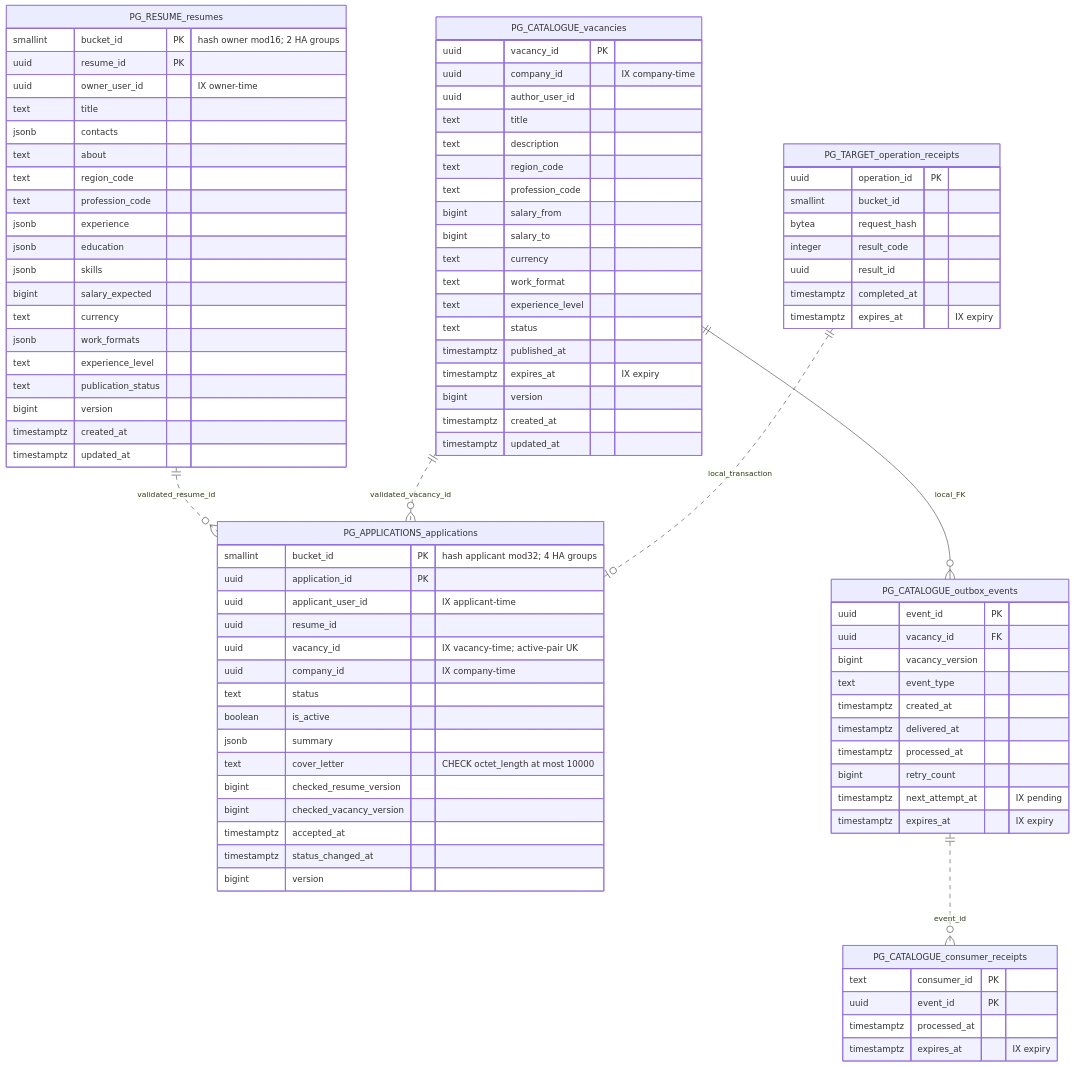
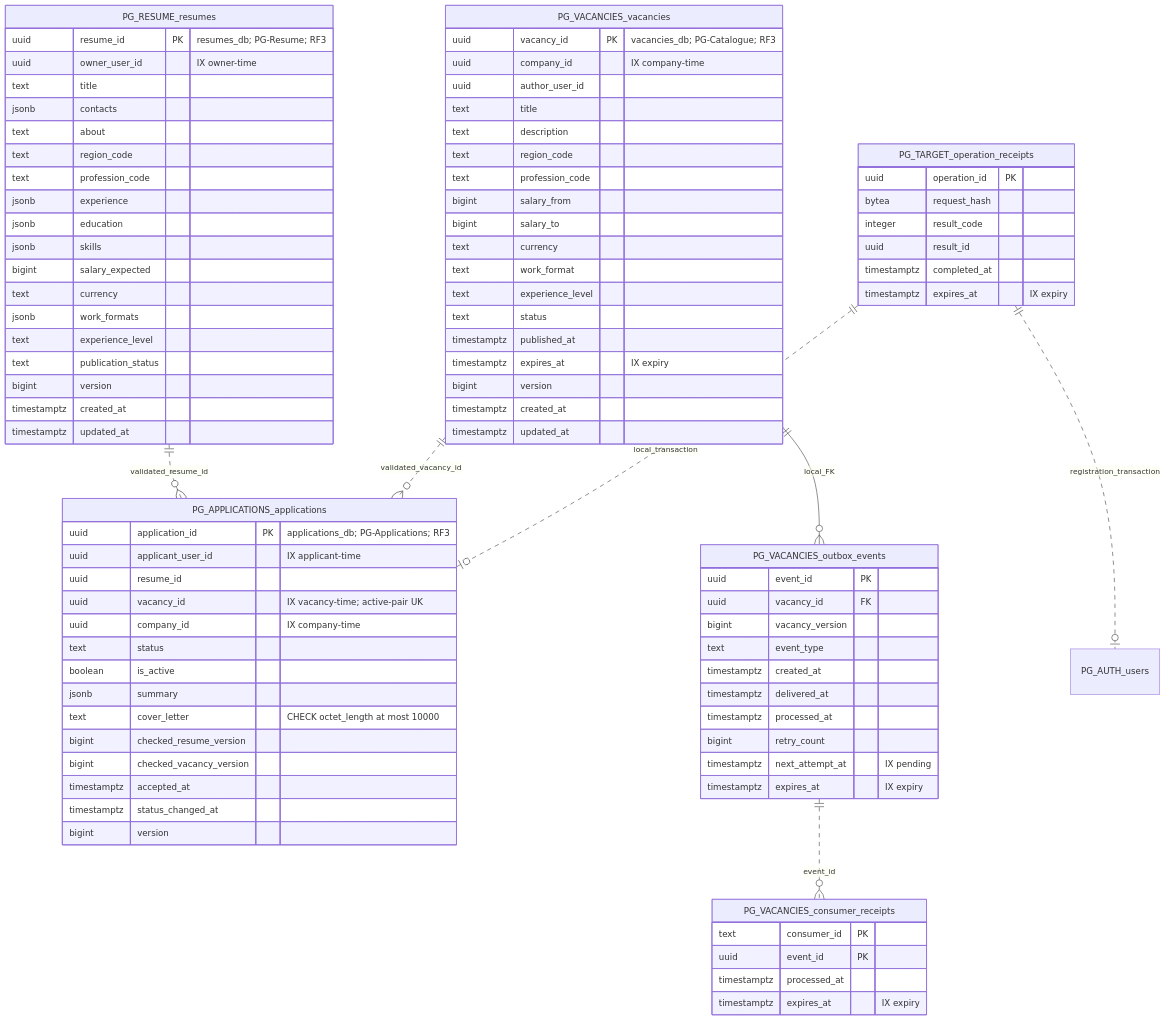
Before and after one commit to pricolmen/highload_technopark: the sixth of 7 diagrams in README.md, drawn with Mermaid. The commit also changed other lines of this file and 2 other files, not shown here.

````diff
--- a/README.md
+++ b/README.md
@@ -1112,8 +1129,7 @@
 ```mermaid
 erDiagram
     PG_RESUME_resumes {
-        smallint bucket_id PK "hash owner mod16; 2 HA groups"
-        uuid resume_id PK
+        uuid resume_id PK "resumes_db; PG-Resume; RF3"
         uuid owner_user_id "IX owner-time"
         text title
         jsonb contacts
@@ -1132,8 +1148,8 @@
         timestamptz created_at
         timestamptz updated_at
     }
-    PG_CATALOGUE_vacancies {
-        uuid vacancy_id PK
+    PG_VACANCIES_vacancies {
+        uuid vacancy_id PK "vacancies_db; PG-Catalogue; RF3"
         uuid company_id "IX company-time"
         uuid author_user_id
         text title
@@ -1153,8 +1169,7 @@
         timestamptz updated_at
     }
     PG_APPLICATIONS_applications {
-        smallint bucket_id PK "hash applicant mod32; 4 HA groups"
-        uuid application_id PK
+        uuid application_id PK "applications_db; PG-Applications; RF3"
         uuid applicant_user_id "IX applicant-time"
         uuid resume_id
         uuid vacancy_id "IX vacancy-time; active-pair UK"
@@ -1169,7 +1184,7 @@
         timestamptz status_changed_at
         bigint version
     }
-    PG_CATALOGUE_outbox_events {
+    PG_VACANCIES_outbox_events {
         uuid event_id PK
         uuid vacancy_id FK
         bigint vacancy_version
@@ -1181,7 +1196,7 @@
         timestamptz next_attempt_at "IX pending"
         timestamptz expires_at "IX expiry"
     }
-    PG_CATALOGUE_consumer_receipts {
+    PG_VACANCIES_consumer_receipts {
         text consumer_id PK
         uuid event_id PK
         timestamptz processed_at
@@ -1189,7 +1204,6 @@
     }
     PG_TARGET_operation_receipts {
         uuid operation_id PK
-        smallint bucket_id
         bytea request_hash
         integer result_code
         uuid result_id
@@ -1197,8 +1211,9 @@
         timestamptz expires_at "IX expiry"
     }
     PG_RESUME_resumes ||..o{ PG_APPLICATIONS_applications : validated_resume_id
-    PG_CATALOGUE_vacancies ||..o{ PG_APPLICATIONS_applications : validated_vacancy_id
-    PG_CATALOGUE_vacancies ||--o{ PG_CATALOGUE_outbox_events : local_FK
-    PG_CATALOGUE_outbox_events ||..o{ PG_CATALOGUE_consumer_receipts : event_id
+    PG_VACANCIES_vacancies ||..o{ PG_APPLICATIONS_applications : validated_vacancy_id
+    PG_VACANCIES_vacancies ||--o{ PG_VACANCIES_outbox_events : local_FK
+    PG_VACANCIES_outbox_events ||..o{ PG_VACANCIES_consumer_receipts : event_id
     PG_TARGET_operation_receipts ||..o| PG_APPLICATIONS_applications : local_transaction
+    PG_TARGET_operation_receipts ||..o| PG_AUTH_users : registration_transaction
 ```
````
